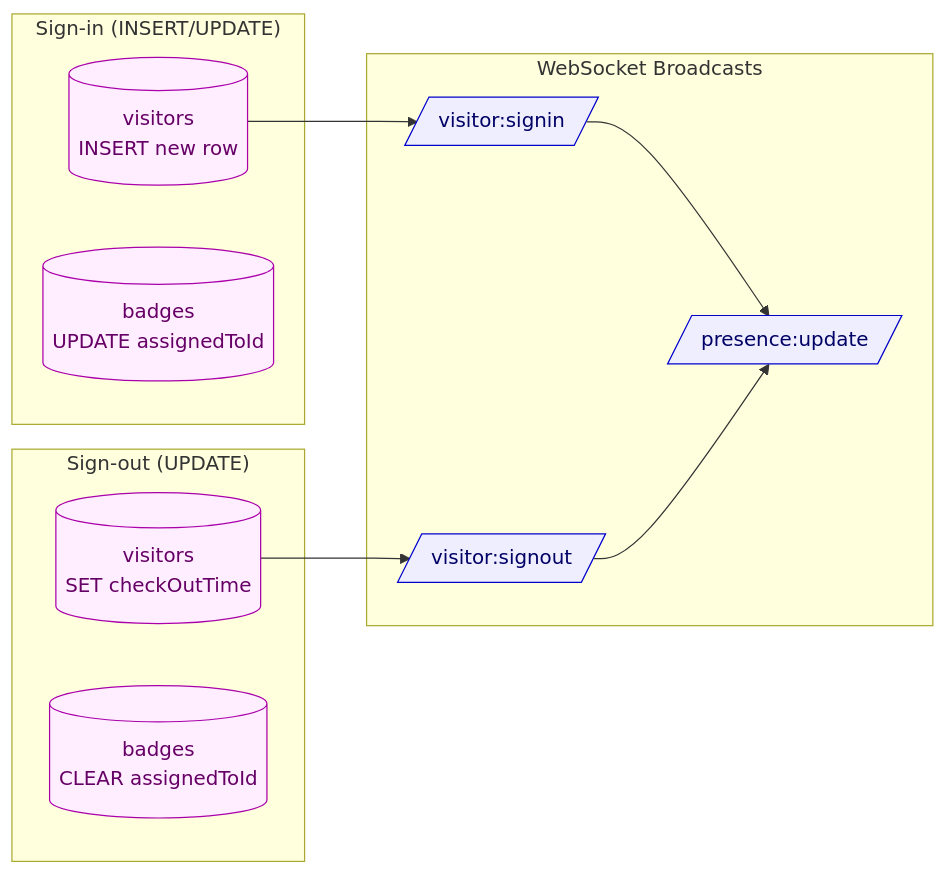
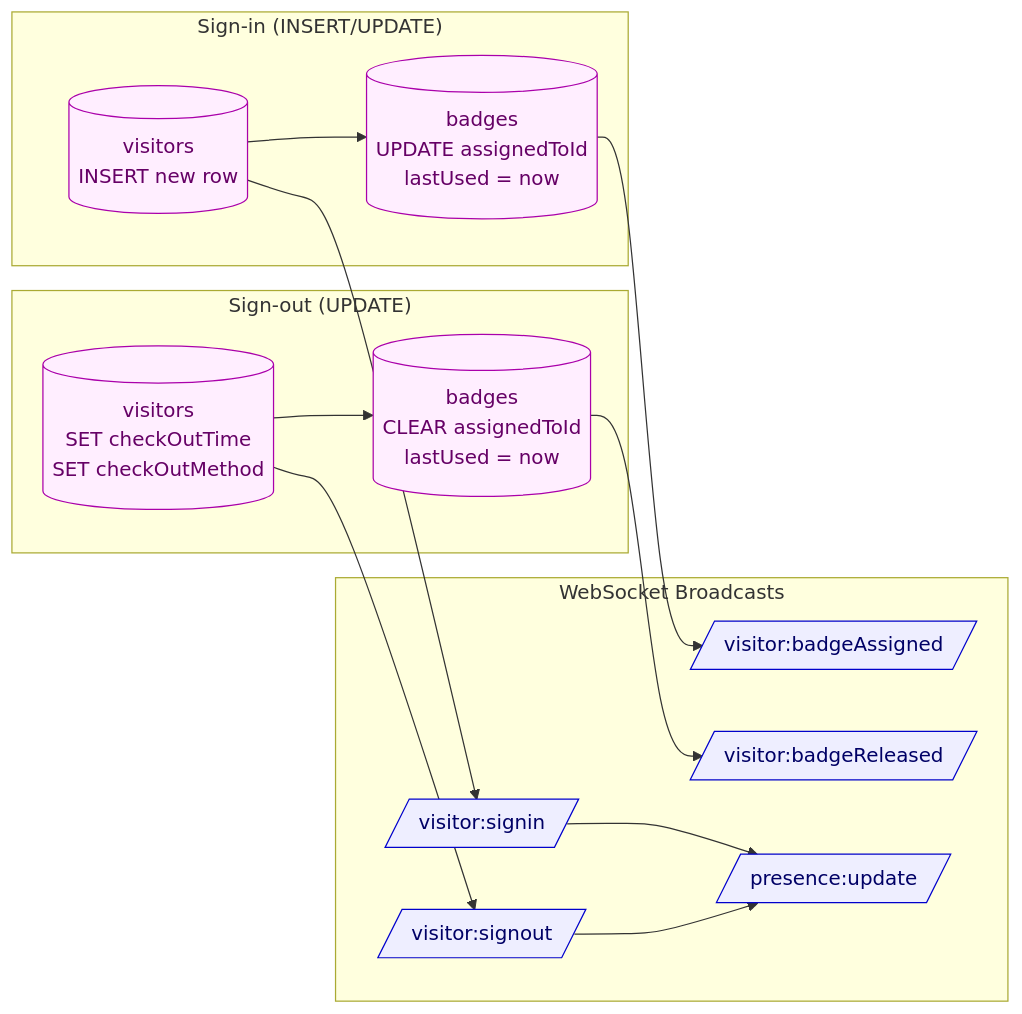
Before and after one commit to DeadshotOMEGA/sentinel: the diagram in docs/mermaid/visitor-sign-in/tables-updated.mmd, drawn with Mermaid. The commit also changed 21 other files, not shown here.

First line of the commit message:
docs(mermaid): reorganize diagram structure

```diff
--- a/docs/mermaid/visitor-sign-in/tables-updated.mmd
+++ b/docs/mermaid/visitor-sign-in/tables-updated.mmd
@@ -1,27 +1,29 @@
 flowchart LR
     subgraph "Sign-in (INSERT/UPDATE)"
-        V1[(visitors<br/>INSERT new row)]
-        B1[(badges<br/>UPDATE assignedToId)]
+        V1[(visitors<br/>INSERT new row)] --> B1[(badges<br/>UPDATE assignedToId<br/>lastUsed = now)]
     end
 
     subgraph "Sign-out (UPDATE)"
-        V2[(visitors<br/>SET checkOutTime)]
-        B2[(badges<br/>CLEAR assignedToId)]
+        V2[(visitors<br/>SET checkOutTime<br/>SET checkOutMethod)] --> B2[(badges<br/>CLEAR assignedToId<br/>lastUsed = now)]
     end
 
     subgraph "WebSocket Broadcasts"
         WS1[/visitor:signin/]
+        WS_BA[/visitor:badgeAssigned/]
         WS2[/visitor:signout/]
+        WS_BR[/visitor:badgeReleased/]
         WS3[/presence:update/]
     end
 
     V1 --> WS1
+    B1 --> WS_BA
     V2 --> WS2
+    B2 --> WS_BR
     WS1 --> WS3
     WS2 --> WS3
 
     classDef db fill:#fef,stroke:#a0a,color:#606
     classDef ws fill:#eef,stroke:#00c,color:#006
 
     class V1,B1,V2,B2 db
-    class WS1,WS2,WS3 ws
+    class WS1,WS2,WS3,WS_BA,WS_BR ws
```
